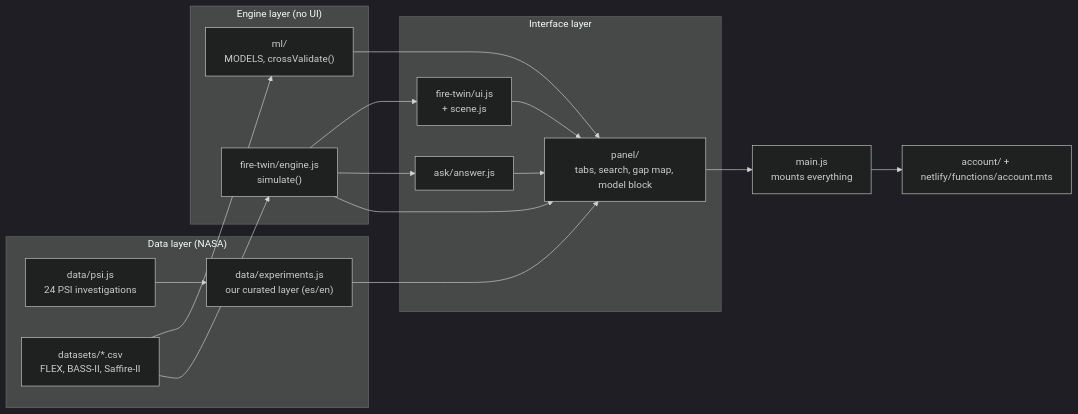
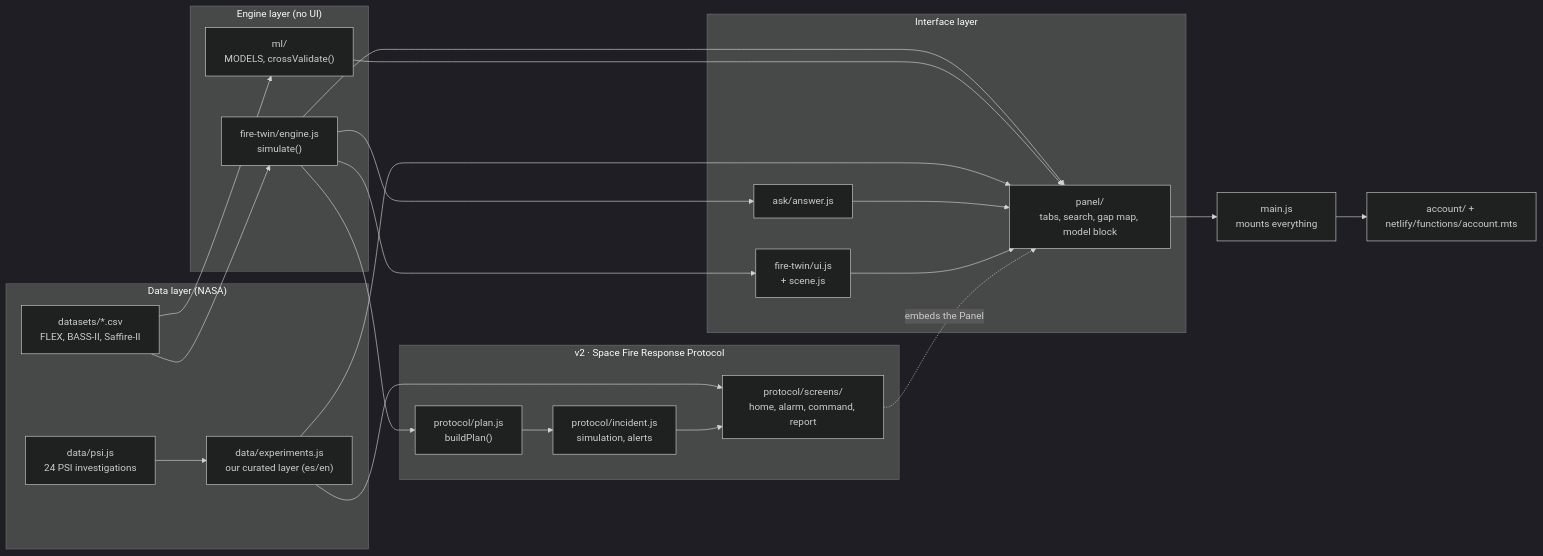
The diagram in docs/ARCHITECTURE.md (irenepm777/astale-flame-in-freefall), drawn with Mermaid (dark theme) before and after one commit. The commit also changed other lines of this file, not shown here.

Commit message:
docs: add the protocol layer to the architecture guide

````diff
--- a/docs/ARCHITECTURE.md
+++ b/docs/ARCHITECTURE.md
@@ -5,29 +10,38 @@
 ```mermaid
 flowchart LR
   subgraph Data["Data layer (NASA)"]
     PSI["data/psi.js<br/>24 PSI investigations"]
     CSV["datasets/*.csv<br/>FLEX, BASS-II, Saffire-II"]
     EXP["data/experiments.js<br/>our curated layer (es/en)"]
   end
   subgraph Engine["Engine layer (no UI)"]
     FT["fire-twin/engine.js<br/>simulate()"]
     ML["ml/<br/>MODELS, crossValidate()"]
   end
   subgraph UI["Interface layer"]
     FTU["fire-twin/ui.js<br/>+ scene.js"]
     PAN["panel/<br/>tabs, search, gap map, model block"]
     ASK["ask/answer.js"]
   end
   PSI --> EXP
   CSV --> ML
   CSV --> FT
   FT --> FTU
   FT --> ASK
   FT --> PAN
   ML --> PAN
   EXP --> PAN
   ASK --> PAN
   FTU --> PAN
   PAN --> MAIN["main.js<br/>mounts everything"]
   MAIN --> ACC["account/ + netlify/functions/account.mts"]
+  subgraph V2["v2 · Space Fire Response Protocol"]
+    PLAN["protocol/plan.js<br/>buildPlan()"]
+    INC["protocol/incident.js<br/>simulation, alerts"]
+    SCR["protocol/screens/<br/>home, alarm, command, report"]
+  end
+  FT --> PLAN
+  EXP --> SCR
+  PLAN --> INC --> SCR
+  SCR -. embeds the Panel .-> PAN
 ```
````
